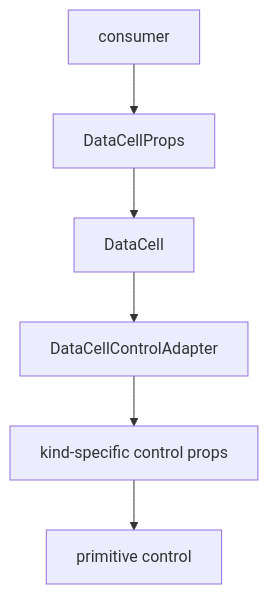
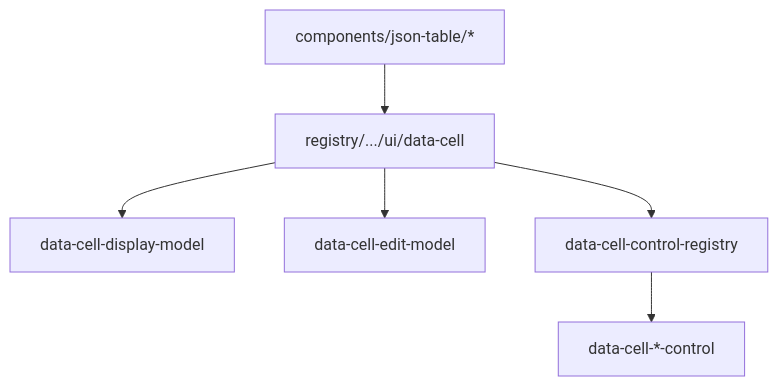
The second of 3 diagrams in design/data-cell-primitive-control-contract-blueprint.md (retab-dev/retab-ui), drawn with Mermaid before and after one commit. The commit also changed other lines of this file and 78 other files, not shown here.

````diff
--- a/design/data-cell-primitive-control-contract-blueprint.md
+++ b/design/data-cell-primitive-control-contract-blueprint.md
@@ -59,8 +88,8 @@
 ```mermaid
 flowchart TD
-  A["consumer"] --> B["DataCellProps"]
-  B --> C["DataCell"]
-  C --> D["DataCellControlAdapter"]
-  D --> E["kind-specific control props"]
-  E --> F["primitive control"]
+  A["components/json-table/*"] --> B["registry/.../ui/data-cell"]
+  B --> C["data-cell-display-model"]
+  B --> D["data-cell-edit-model"]
+  B --> E["data-cell-control-registry"]
+  E --> F["data-cell-*-control"]
 ```
````
